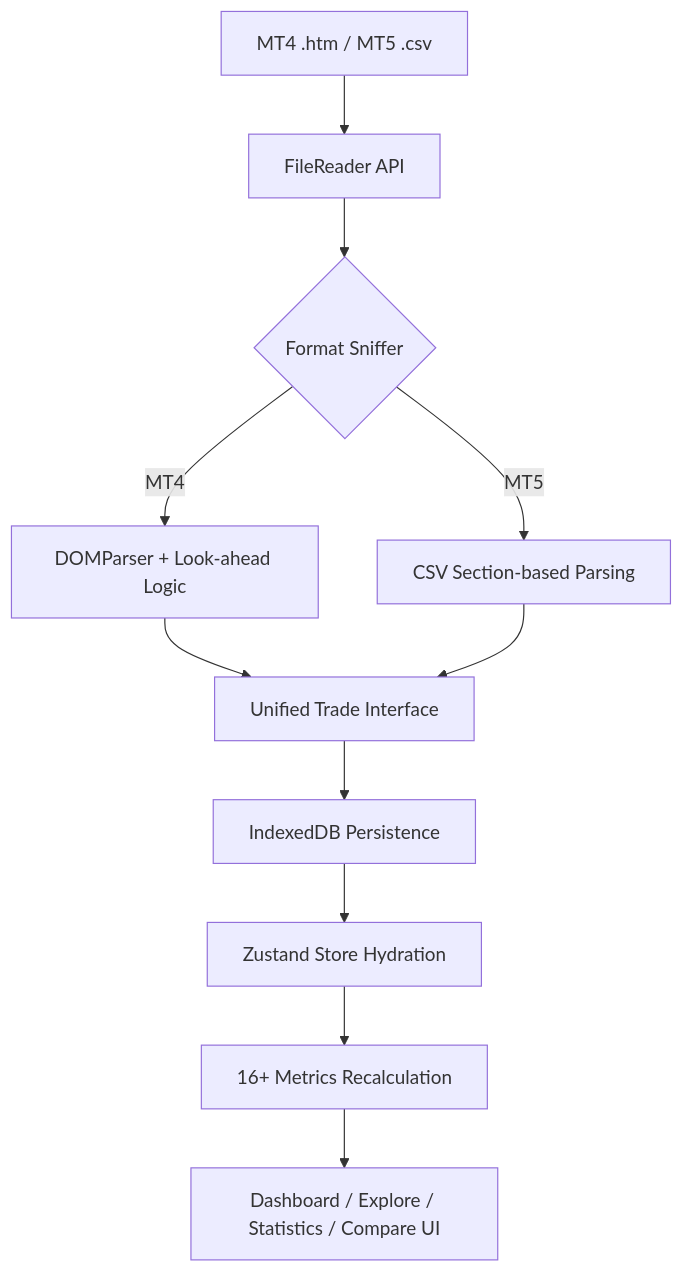
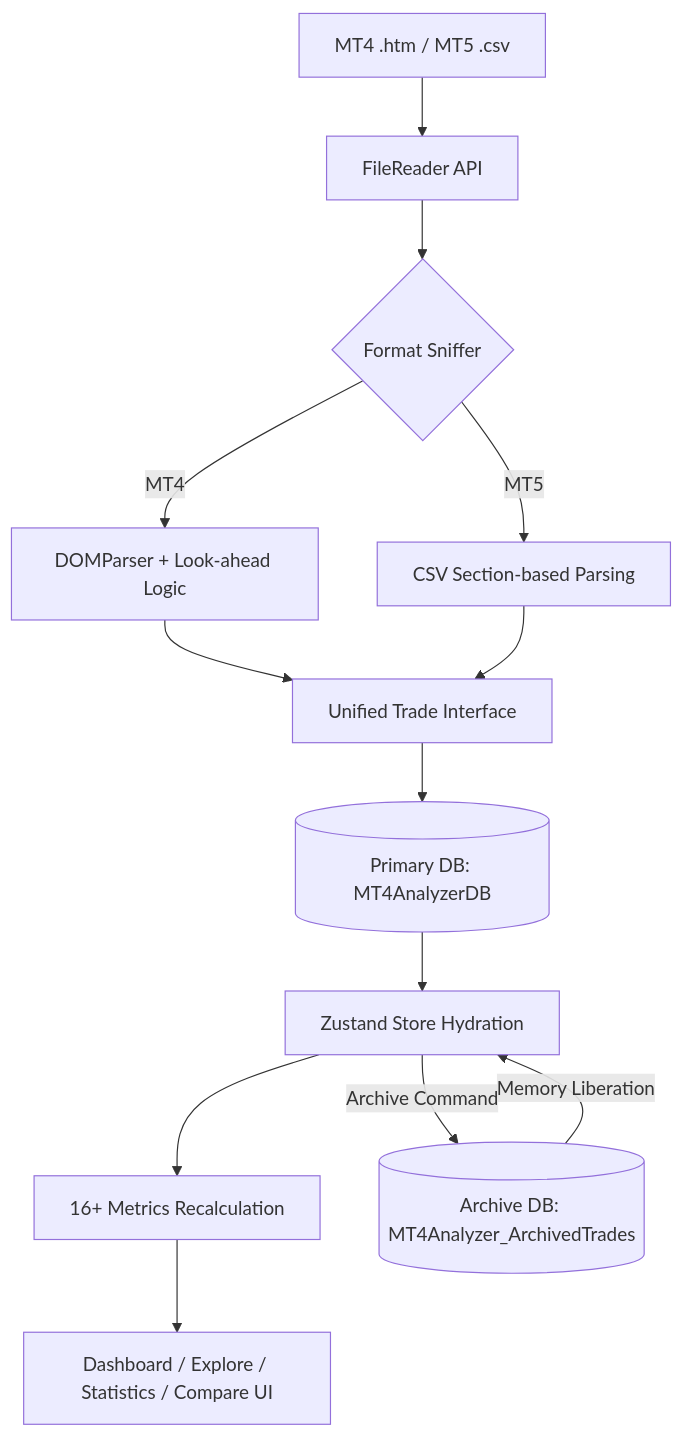
One commit to tuannho0802/MetaTrader-Report-Analzyer changed the diagram in metatrader-analyzer-skills/system-design.md. Above: the diagram before and after it, drawn with Mermaid. The commit also changed other lines of this file and 4 other files, not shown here.

````diff
--- a/metatrader-analyzer-skills/system-design.md
+++ b/metatrader-analyzer-skills/system-design.md
@@ -39,13 +45,15 @@
 ```mermaid
 graph TD
     A[MT4 .htm / MT5 .csv] --> B[FileReader API]
     B --> C{Format Sniffer}
     C -->|MT4| D1[DOMParser + Look-ahead Logic]
     C -->|MT5| D2[CSV Section-based Parsing]
     D1 --> E[Unified Trade Interface]
     D2 --> E
-    E --> F[IndexedDB Persistence]
-    F --> G[Zustand Store Hydration]
+    E --> F1[(Primary DB: MT4AnalyzerDB)]
+    F1 --> G[Zustand Store Hydration]
     G --> H[16+ Metrics Recalculation]
+    G -->|Archive Command| F2[(Archive DB: MT4Analyzer_ArchivedTrades)]
+    F2 -->|Memory Liberation| G
     H --> I[Dashboard / Explore / Statistics / Compare UI]
 ```
````
